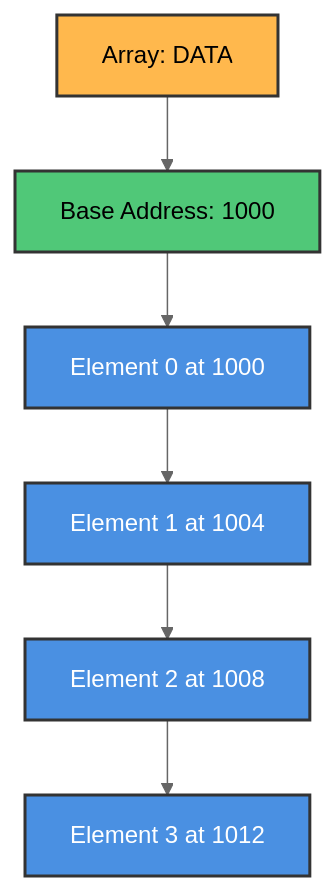
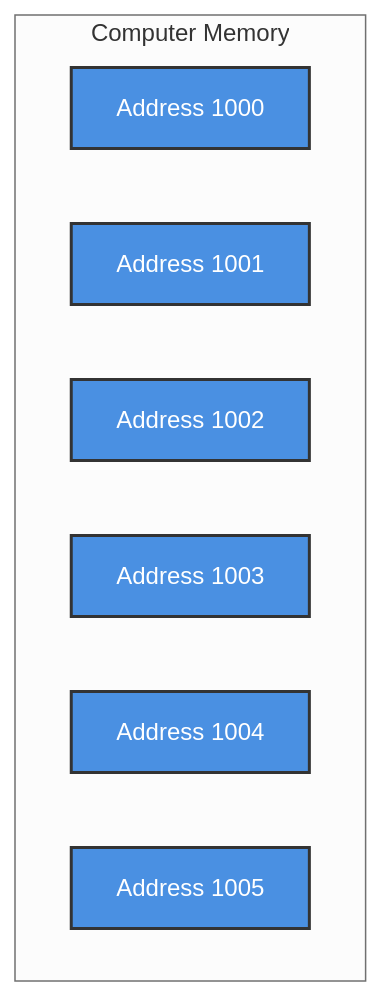
One commit to M-F-Tushar/CSE-2101-Data-Structure changed the seventh of 39 diagrams in Chapter 4 - Arrays, Records and Pointers/README.md. Above: the diagram before and after it, drawn with Mermaid (neutral theme). The commit also changed other lines of this file, not shown here.

````diff
--- a/Chapter 4 - Arrays, Records and Pointers/README.md
+++ b/Chapter 4 - Arrays, Records and Pointers/README.md
@@ -171,15 +195,18 @@
 ```mermaid
-graph TD
-    A["Array: DATA"] --> B["Base Address: 1000"]
-    B --> C["Element 0 at 1000"]
-    C --> D["Element 1 at 1004"]
-    D --> E["Element 2 at 1008"]
-    E --> F["Element 3 at 1012"]
+graph TB
+    subgraph "Computer Memory"
+        M1["Address 1000"]
+        M2["Address 1001"]
+        M3["Address 1002"]
+        M4["Address 1003"]
+        M5["Address 1004"]
+        M6["Address 1005"]
+    end
     
-    style A fill:#FFB84D,stroke:#333,stroke-width:2px,color:#000
-    style B fill:#50C878,stroke:#333,stroke-width:2px,color:#000
-    style C fill:#4A90E2,stroke:#333,stroke-width:2px,color:#fff
-    style D fill:#4A90E2,stroke:#333,stroke-width:2px,color:#fff
-    style E fill:#4A90E2,stroke:#333,stroke-width:2px,color:#fff
-    style F fill:#4A90E2,stroke:#333,stroke-width:2px,color:#fff
+    style M1 fill:#4A90E2,stroke:#333,stroke-width:2px,color:#fff
+    style M2 fill:#4A90E2,stroke:#333,stroke-width:2px,color:#fff
+    style M3 fill:#4A90E2,stroke:#333,stroke-width:2px,color:#fff
+    style M4 fill:#4A90E2,stroke:#333,stroke-width:2px,color:#fff
+    style M5 fill:#4A90E2,stroke:#333,stroke-width:2px,color:#fff
+    style M6 fill:#4A90E2,stroke:#333,stroke-width:2px,color:#fff
 ```
````
